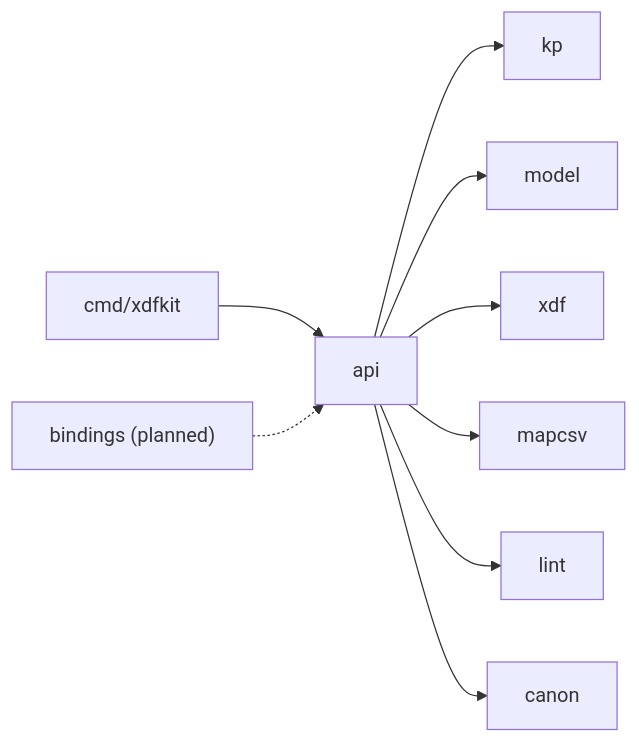
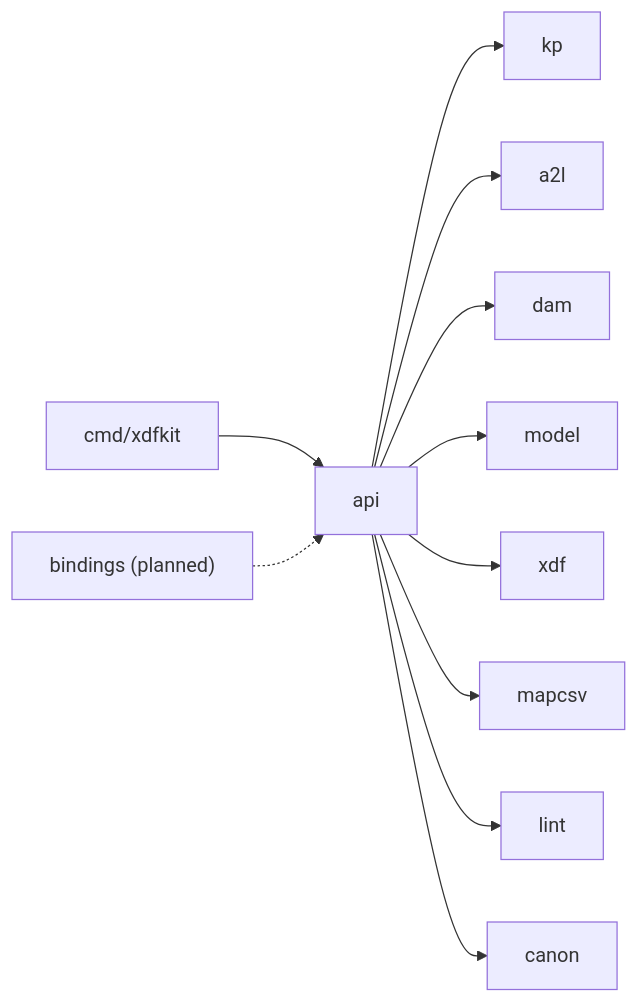
The second of 2 diagrams in DEVELOPER.md (nyetlabs/xdfkit), drawn with Mermaid before and after one commit. The commit also changed other lines of this file and 21 other files, not shown here.

````diff
--- a/DEVELOPER.md
+++ b/DEVELOPER.md
@@ -40,11 +38,13 @@
 ```mermaid
 flowchart LR
   cli["cmd/xdfkit"] --> api["api"]
   bindings["bindings (planned)"] -.-> api
   api --> kp["kp"]
+  api --> a2l["a2l"]
+  api --> dam["dam"]
   api --> model["model"]
   api --> xdf["xdf"]
   api --> mapcsv["mapcsv"]
   api --> lint["lint"]
   api --> canon["canon"]
 ```
````
